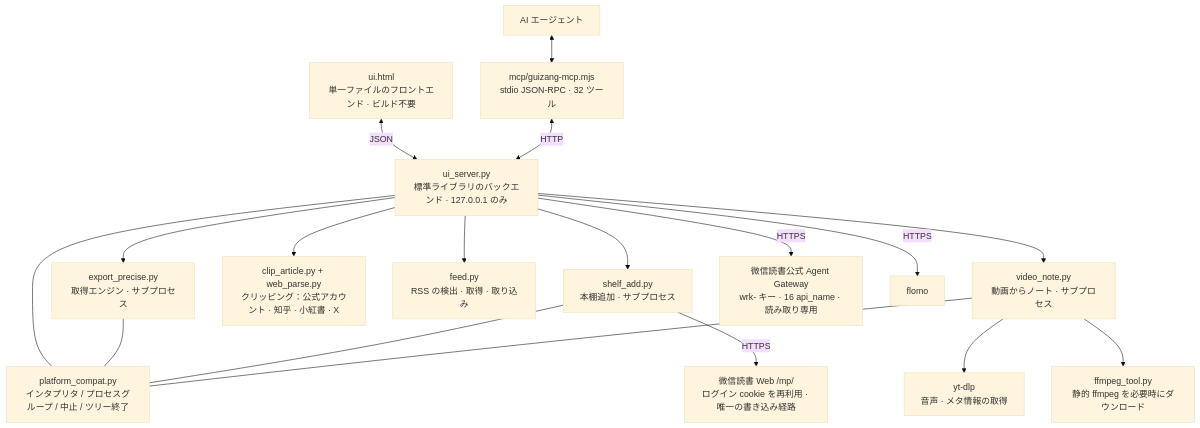
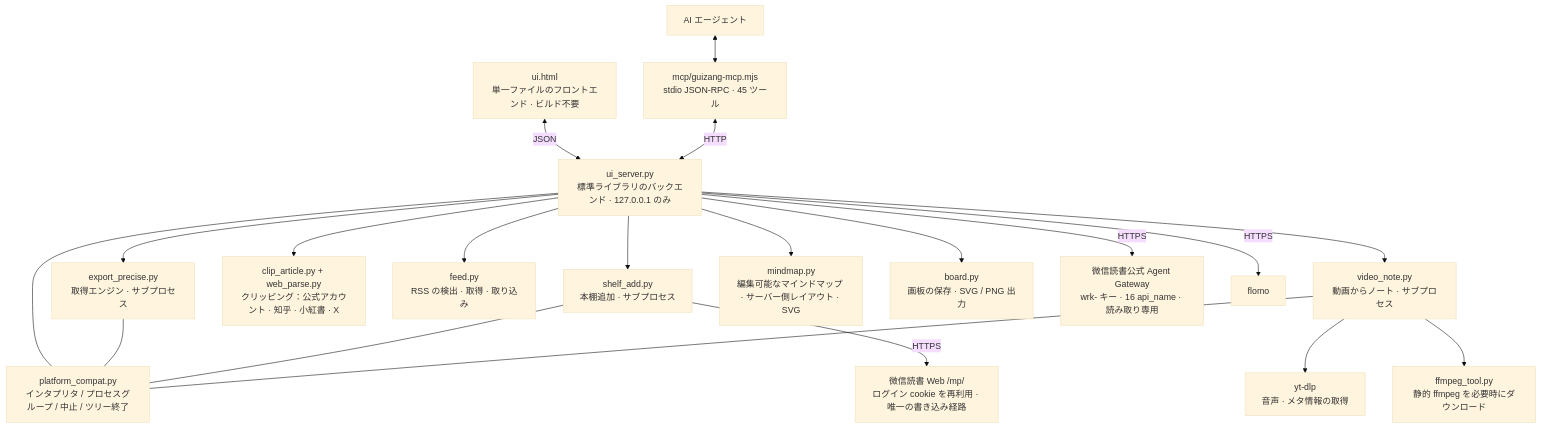
The second of 2 diagrams in README.ja.md (KEQingFeng/weread-guizang), drawn with Mermaid (base theme) before and after one commit. The commit also changed other lines of this file and 33 other files, not shown here.

First line of the commit message:
归藏 0.9.9 补（第二十九轮）：可编辑脑图 + 画板涂鸦，视频与订阅做成工具

````diff
--- a/README.ja.md
+++ b/README.ja.md
@@ -272,36 +281,40 @@
 ```mermaid
 flowchart TB
   UI[ui.html<br/>単一ファイルのフロントエンド · ビルド不要]
   S[ui_server.py<br/>標準ライブラリのバックエンド · 127.0.0.1 のみ]
   E[export_precise.py<br/>取得エンジン · サブプロセス]
   SA[shelf_add.py<br/>本棚追加 · サブプロセス]
   CL[clip_article.py + web_parse.py<br/>クリッピング：公式アカウント · 知乎 · 小紅書 · X]
   FS[feed.py<br/>RSS の検出 · 取得 · 取り込み]
   VN[video_note.py<br/>動画からノート · サブプロセス]
   FF[ffmpeg_tool.py<br/>静的 ffmpeg を必要時にダウンロード]
+  MM[mindmap.py<br/>編集可能なマインドマップ · サーバー側レイアウト · SVG]
+  BD[board.py<br/>画板の保存 · SVG / PNG 出力]
   YT[yt-dlp<br/>音声 · メタ情報の取得]
   WG[微信読書公式 Agent Gateway<br/>wrk- キー · 16 api_name · 読み取り専用]
   WP[微信読書 Web /mp/<br/>ログイン cookie を再利用 · 唯一の書き込み経路]
   FL[flomo]
   PC[platform_compat.py<br/>インタプリタ / プロセスグループ / 中止 / ツリー終了]
-  M[mcp/guizang-mcp.mjs<br/>stdio JSON-RPC · 32 ツール]
+  M[mcp/guizang-mcp.mjs<br/>stdio JSON-RPC · 45 ツール]
   AG[AI エージェント]
 
   UI <-->|JSON| S
   S --> E
   S --> SA
   S --> CL
   S --> FS
   S --> VN
+  S --> MM
+  S --> BD
   S -->|HTTPS| WG
   SA -->|HTTPS| WP
   S -->|HTTPS| FL
   S --- PC
   E --- PC
   SA --- PC
   VN --- PC
   VN --> YT
   VN --> FF
   M <-->|HTTP| S
   AG <--> M
 ```
````
